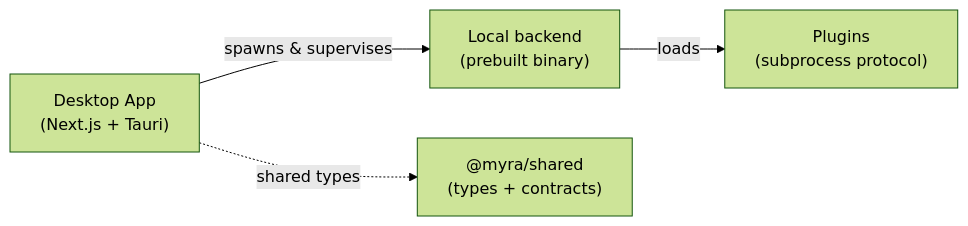
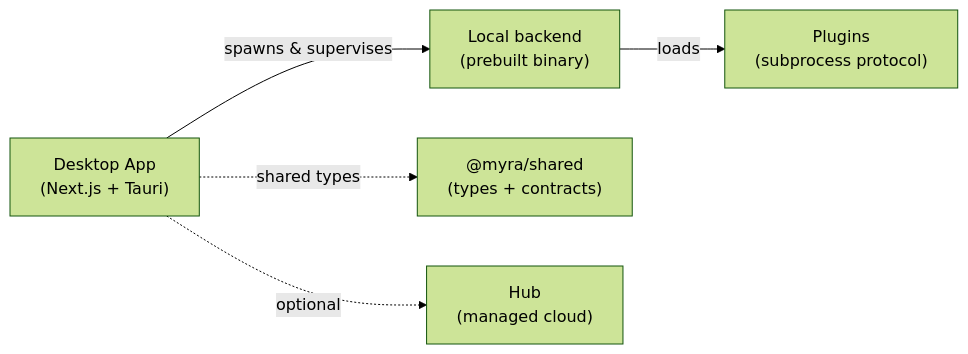
The diagram in profile/README.md (Myra-Agents/.github), drawn with Mermaid (forest theme) before and after one commit.

Commit message:
docs: add Hub (managed cloud) node to the architecture diagram

````diff
--- a/profile/README.md
+++ b/profile/README.md
@@ -32,11 +32,13 @@
 ```mermaid
 flowchart LR
   app["Desktop App<br/>(Next.js + Tauri)"]
   backend["Local backend<br/>(prebuilt binary)"]
   plugins["Plugins<br/>(subprocess protocol)"]
   shared["@myra/shared<br/>(types + contracts)"]
+  hub["Hub<br/>(managed cloud)"]
 
   app -->|spawns &amp; supervises| backend
   backend -->|loads| plugins
+  app -.->|optional| hub
   app -.->|shared types| shared
 ```
````
